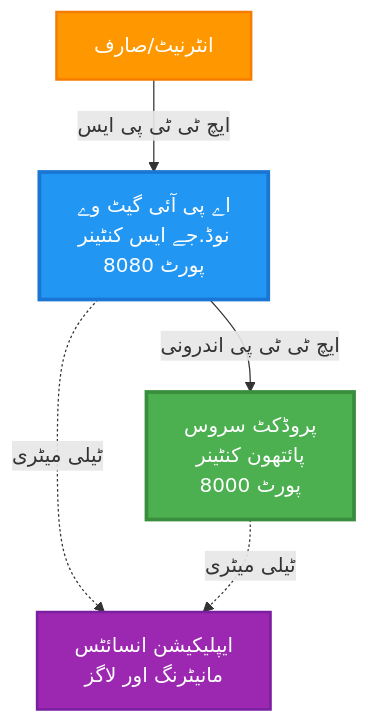
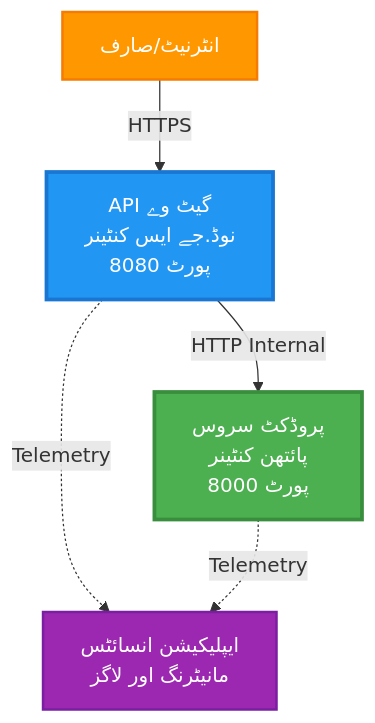
Before and after one commit to microsoft/AZD-for-beginners: the first of 4 diagrams in translations/ur/examples/microservices/README.md, drawn with Mermaid. The commit also changed other lines of this file and 298 other files, not shown here.

````diff
--- a/translations/ur/examples/microservices/README.md
+++ b/translations/ur/examples/microservices/README.md
@@ -40,17 +31,17 @@
 ```mermaid
 graph TB
     Internet[انٹرنیٹ/صارف]
-    Gateway[اے پی آئی گیٹ وے<br/>نوڈ.جے ایس کنٹینر<br/>پورٹ 8080]
-    Product[پروڈکٹ سروس<br/>پائتھون کنٹینر<br/>پورٹ 8000]
+    Gateway[API گیٹ وے<br/>نوڈ.جے ایس کنٹینر<br/>پورٹ 8080]
+    Product[پروڈکٹ سروس<br/>پائتھن کنٹینر<br/>پورٹ 8000]
     AppInsights[ایپلیکیشن انسائٹس<br/>مانیٹرنگ اور لاگز]
     
-    Internet -->|ایچ ٹی ٹی پی ایس| Gateway
-    Gateway -->|ایچ ٹی ٹی پی اندرونی| Product
-    Gateway -.->|ٹیلی میٹری| AppInsights
-    Product -.->|ٹیلی میٹری| AppInsights
+    Internet -->|HTTPS| Gateway
+    Gateway -->|HTTP Internal| Product
+    Gateway -.->|Telemetry| AppInsights
+    Product -.->|Telemetry| AppInsights
     
     style Gateway fill:#2196F3,stroke:#1976D2,stroke-width:3px,color:#fff
     style Product fill:#4CAF50,stroke:#388E3C,stroke-width:3px,color:#fff
     style Internet fill:#FF9800,stroke:#F57C00,stroke-width:2px,color:#fff
     style AppInsights fill:#9C27B0,stroke:#7B1FA2,stroke-width:2px,color:#fff
 ```
````
